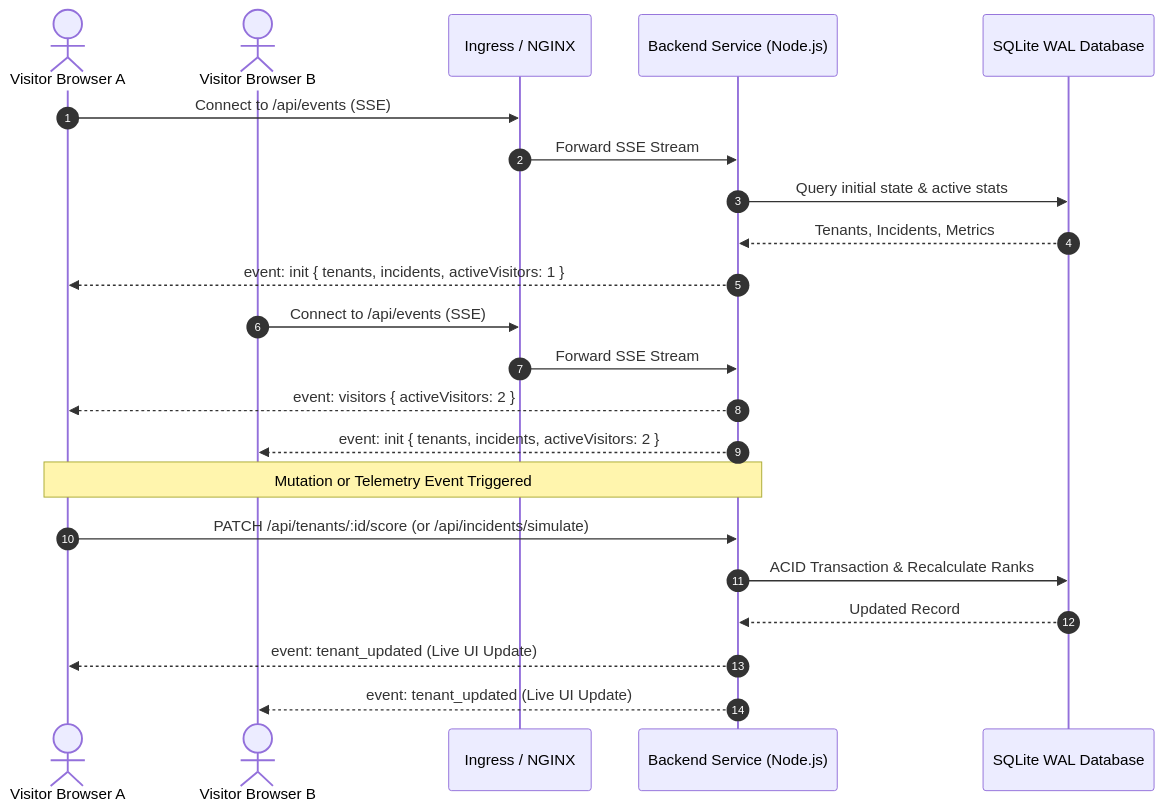
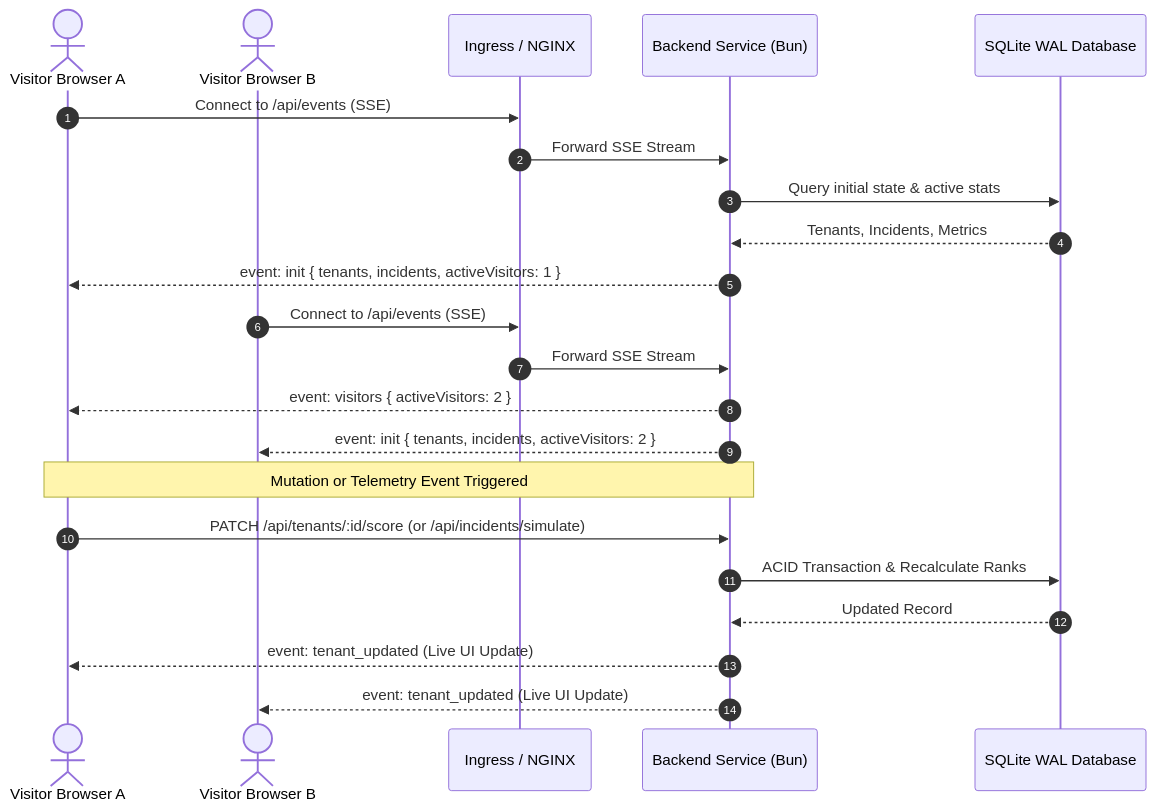
Before and after one commit to Phenomite/ReactWeb: the diagram in README.md, drawn with Mermaid. The commit also changed other lines of this file and 75 other files, not shown here.

````diff
--- a/README.md
+++ b/README.md
@@ -167,27 +66,27 @@
 ```mermaid
 sequenceDiagram
     autonumber
     actor VisitorA as Visitor Browser A
     actor VisitorB as Visitor Browser B
     participant Ingress as Ingress / NGINX
-    participant Backend as Backend Service (Node.js)
+    participant Backend as Backend Service (Bun)
     participant SQLite as SQLite WAL Database
 
     VisitorA->>Ingress: Connect to /api/events (SSE)
     Ingress->>Backend: Forward SSE Stream
     Backend->>SQLite: Query initial state & active stats
     SQLite-->>Backend: Tenants, Incidents, Metrics
     Backend-->>VisitorA: event: init { tenants, incidents, activeVisitors: 1 }
 
     VisitorB->>Ingress: Connect to /api/events (SSE)
     Ingress->>Backend: Forward SSE Stream
     Backend-->>VisitorA: event: visitors { activeVisitors: 2 }
     Backend-->>VisitorB: event: init { tenants, incidents, activeVisitors: 2 }
 
     Note over VisitorA,Backend: Mutation or Telemetry Event Triggered
     VisitorA->>Backend: PATCH /api/tenants/:id/score (or /api/incidents/simulate)
     Backend->>SQLite: ACID Transaction & Recalculate Ranks
     SQLite-->>Backend: Updated Record
     Backend-->>VisitorA: event: tenant_updated (Live UI Update)
     Backend-->>VisitorB: event: tenant_updated (Live UI Update)
 ```
````
